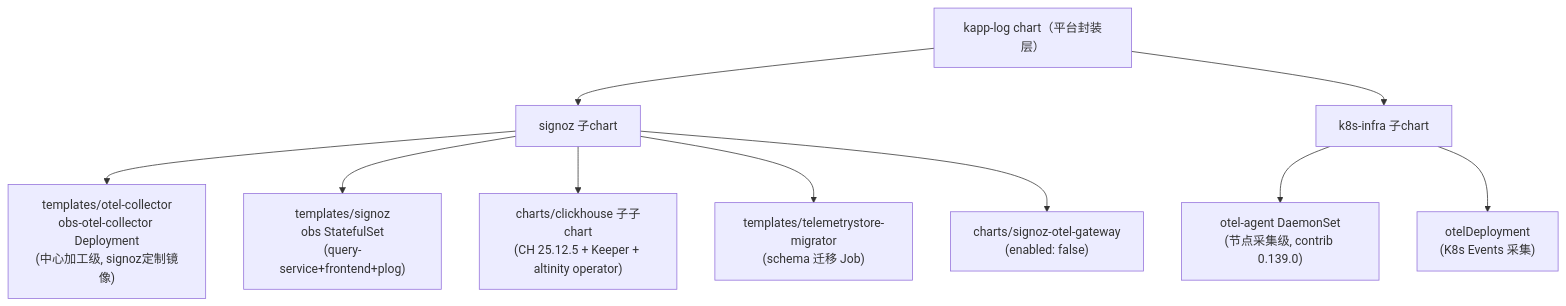
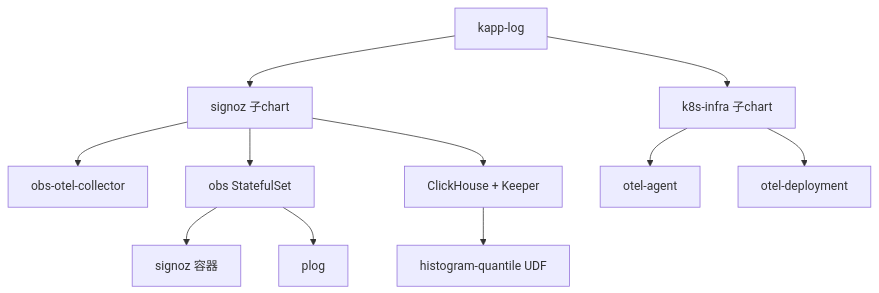
One commit to songli0103/notes changed the first of 5 diagrams in 10-云原生/02-平台组件/04-SigNoz/signoz项目实战.md. Above: the diagram before and after it, drawn with Mermaid. The commit also changed other lines of this file and 6 other files, not shown here.

````diff
--- a/10-云原生/02-平台组件/04-SigNoz/signoz项目实战.md
+++ b/10-云原生/02-平台组件/04-SigNoz/signoz项目实战.md
@@ -34,12 +39,13 @@
 ```mermaid
 flowchart TB
-    KL["kapp-log chart（平台封装层）"] --> SZ["signoz 子chart"]
+    KL["kapp-log"] --> SZ["signoz 子chart"]
     KL --> KI["k8s-infra 子chart"]
-    SZ --> T1["templates/otel-collector<br/>obs-otel-collector Deployment<br/>(中心加工级, signoz定制镜像)"]
-    SZ --> T2["templates/signoz<br/>obs StatefulSet<br/>(query-service+frontend+plog)"]
-    SZ --> CH["charts/clickhouse 子子chart<br/>(CH 25.12.5 + Keeper + altinity operator)"]
-    SZ --> MIG["templates/telemetrystore-migrator<br/>(schema 迁移 Job)"]
-    SZ --> GW["charts/signoz-otel-gateway<br/>(enabled: false)"]
-    KI --> AG["otel-agent DaemonSet<br/>(节点采集级, contrib 0.139.0)"]
-    KI --> EV["otelDeployment<br/>(K8s Events 采集)"]
+    SZ --> COL["obs-otel-collector"]
+    SZ --> OBS["obs StatefulSet"]
+    SZ --> CH["ClickHouse + Keeper"]
+    OBS --> C1["signoz 容器"]
+    OBS --> PL["plog"]
+    CH --> UDF["histogram-quantile UDF"]
+    KI --> AG["otel-agent"]
+    KI --> DEP["otel-deployment"]
 ```
````
